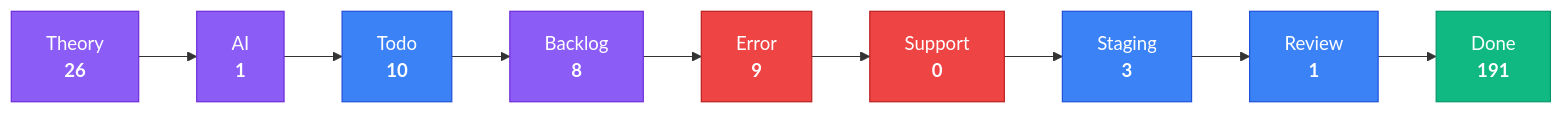
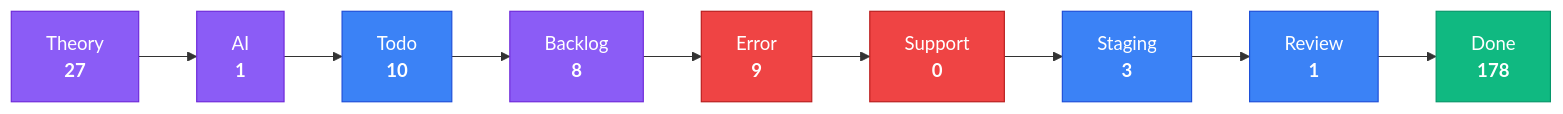
The third of 4 diagrams in apps/kbve/astro-kbve/src/content/docs/dashboard/kanban-data.mdx (KBVE/kbve), drawn with Mermaid before and after one commit. The commit also changed other lines of this file and 2 other files, not shown here.

````diff
--- a/apps/kbve/astro-kbve/src/content/docs/dashboard/kanban-data.mdx
+++ b/apps/kbve/astro-kbve/src/content/docs/dashboard/kanban-data.mdx
@@ -80,28 +80,28 @@
 ```mermaid
 flowchart LR
     classDef planning fill:#8b5cf6,stroke:#6d28d9,color:#fff
     classDef active fill:#3b82f6,stroke:#1d4ed8,color:#fff
     classDef blocked fill:#ef4444,stroke:#b91c1c,color:#fff
     classDef done fill:#10b981,stroke:#059669,color:#fff
-    Theory["Theory<br/><strong>26</strong>"]
+    Theory["Theory<br/><strong>27</strong>"]
     Theory --> AI
     AI["AI<br/><strong>1</strong>"]
     AI --> Todo
     Todo["Todo<br/><strong>10</strong>"]
     Todo --> Backlog
     Backlog["Backlog<br/><strong>8</strong>"]
     Backlog --> Error
     Error["Error<br/><strong>9</strong>"]
     Error --> Support
     Support["Support<br/><strong>0</strong>"]
     Support --> Staging
     Staging["Staging<br/><strong>3</strong>"]
     Staging --> Review
     Review["Review<br/><strong>1</strong>"]
     Review --> Done
-    Done["Done<br/><strong>191</strong>"]
+    Done["Done<br/><strong>178</strong>"]
     class Theory,AI,Backlog planning
     class Todo,Staging,Review active
     class Error,Support blocked
     class Done done
 ```
````
